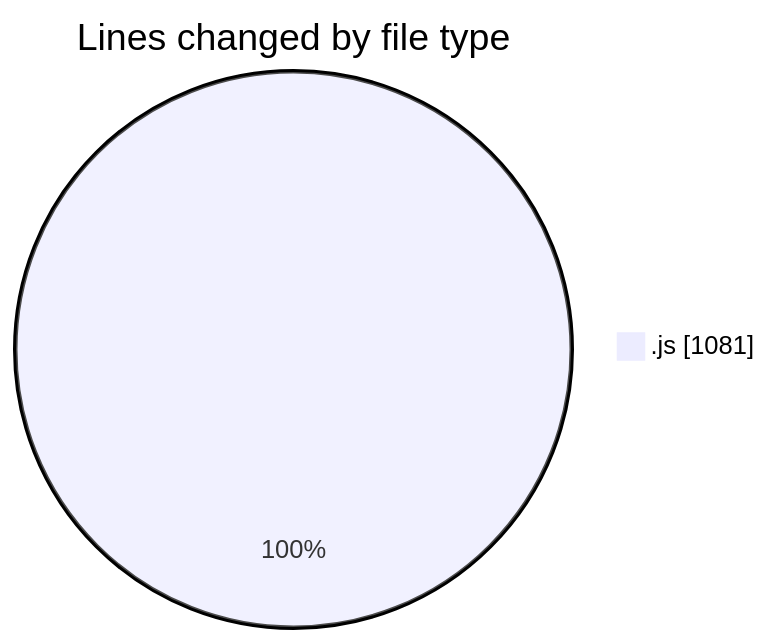
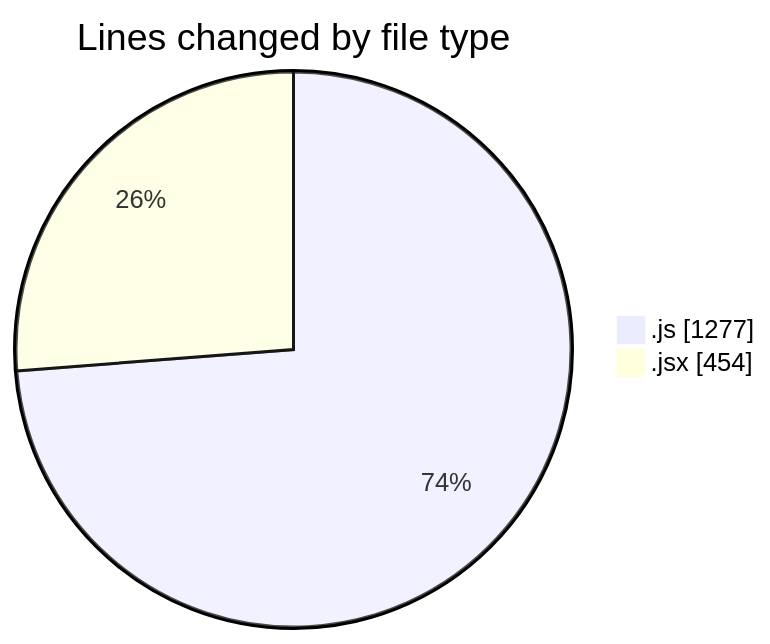
Before and after one commit to nxtqubesakshisongat/code-tracking: the first of 2 diagrams in 2025-11-03/nxtqube_webapp/README.md, drawn with Mermaid. The commit also changed other lines of this file and 1 other file, not shown here.

````diff
--- a/2025-11-03/nxtqube_webapp/README.md
+++ b/2025-11-03/nxtqube_webapp/README.md
@@ -27,5 +28,6 @@
 ```mermaid
 pie showData
 title Lines changed by file type
-".js" : 1081
+".js" : 1277
+".jsx" : 454
 ```
````
